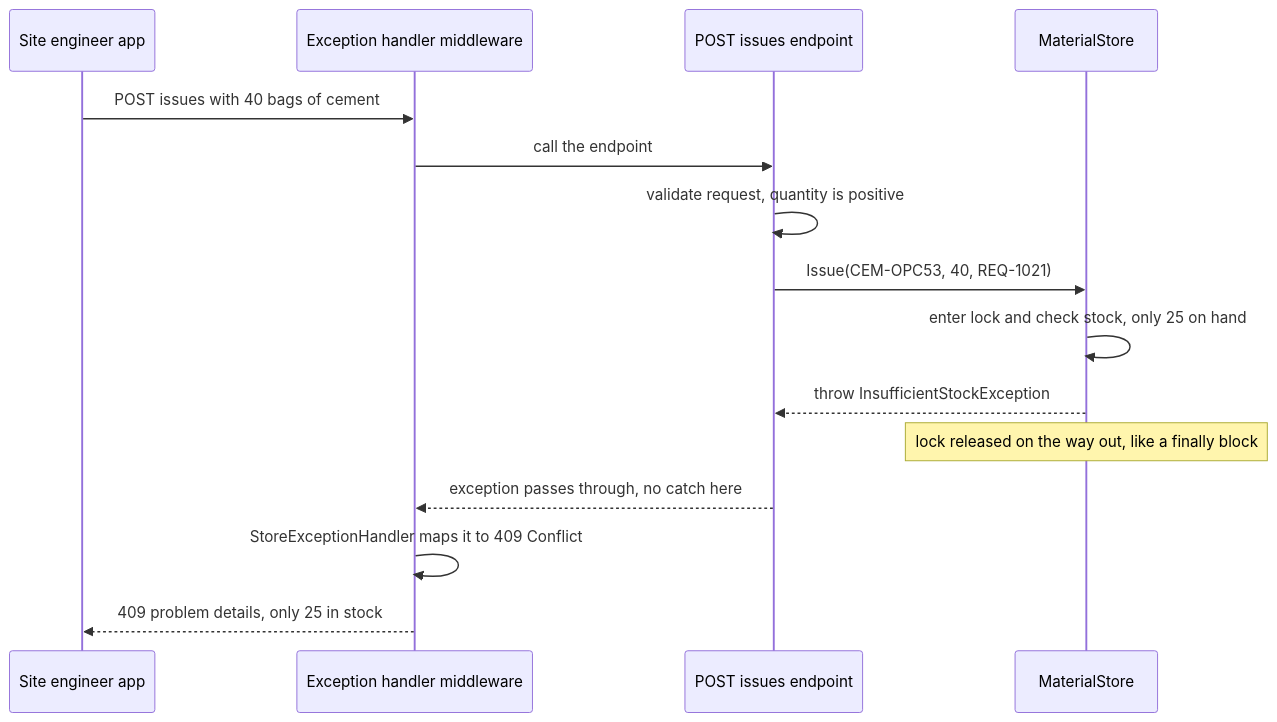
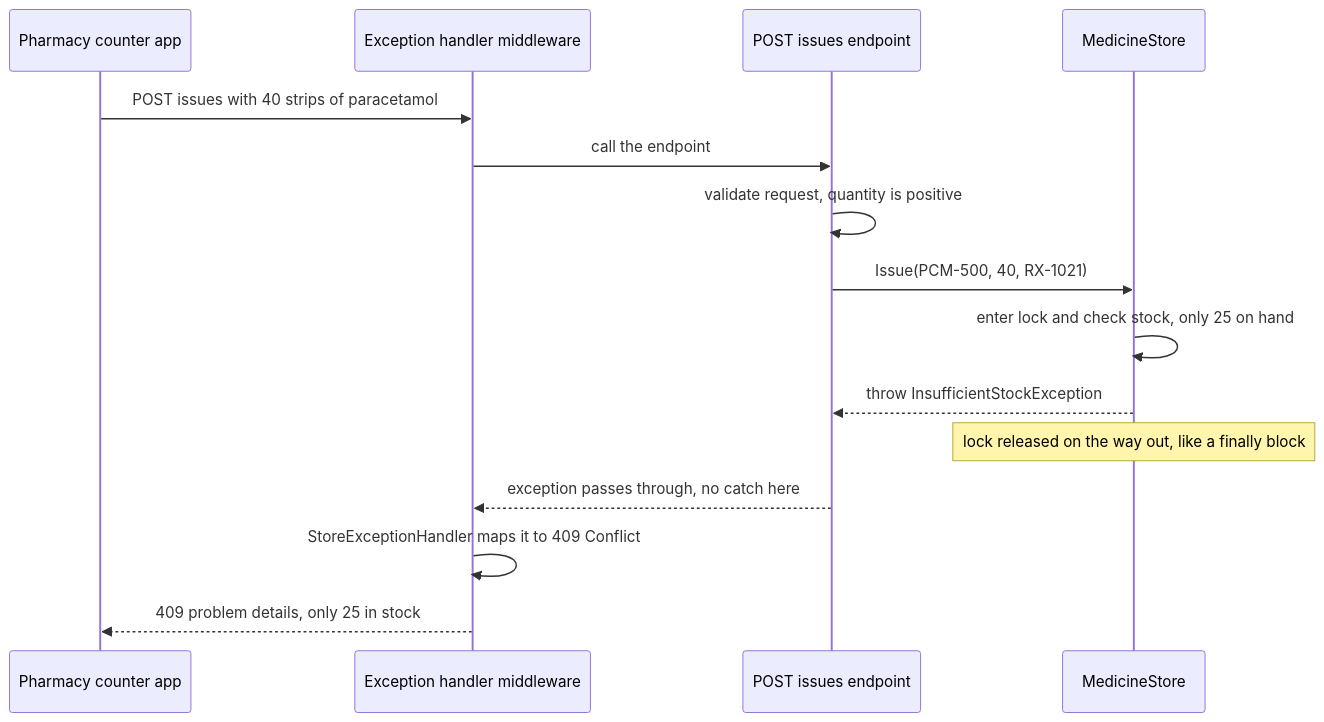
The second of 2 diagrams in content/lessons/m01/m01-exceptions.md (rizwi0786/system-design-lab), drawn with Mermaid before and after one commit. The commit also changed other lines of this file and 334 other files, not shown here.

````diff
--- a/content/lessons/m01/m01-exceptions.md
+++ b/content/lessons/m01/m01-exceptions.md
@@ -275,17 +275,17 @@
 ```mermaid
 sequenceDiagram
-    participant Client as Site engineer app
+    participant Client as Pharmacy counter app
     participant MW as Exception handler middleware
     participant EP as POST issues endpoint
-    participant Store as MaterialStore
-    Client->>MW: POST issues with 40 bags of cement
+    participant Store as MedicineStore
+    Client->>MW: POST issues with 40 strips of paracetamol
     MW->>EP: call the endpoint
     EP->>EP: validate request, quantity is positive
-    EP->>Store: Issue(CEM-OPC53, 40, REQ-1021)
+    EP->>Store: Issue(PCM-500, 40, RX-1021)
     Store->>Store: enter lock and check stock, only 25 on hand
     Store-->>EP: throw InsufficientStockException
     Note over Store: lock released on the way out, like a finally block
     EP-->>MW: exception passes through, no catch here
     MW->>MW: StoreExceptionHandler maps it to 409 Conflict
     MW-->>Client: 409 problem details, only 25 in stock
 ```
````
